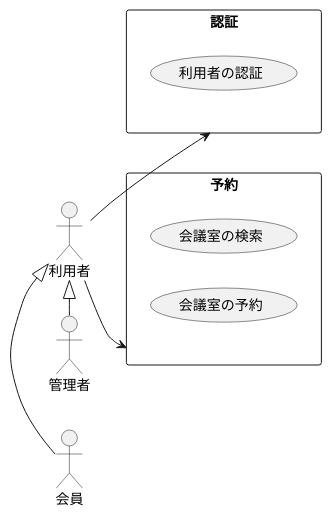
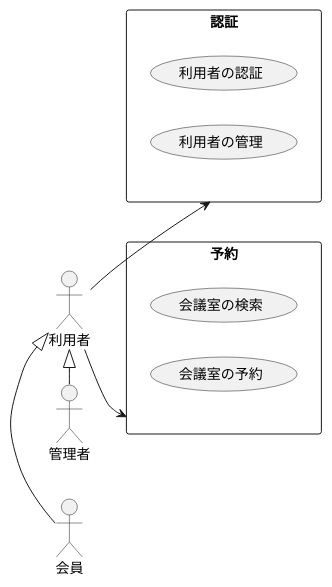
One commit to k2works/case-study-mrs changed diagram 18 of 20 in docs/index.adoc. Above: the diagram before and after it, drawn with PlantUML. The commit also changed other lines of this file and 2 other files, not shown here.

Commit message:
feat: 利用者の管理

```diff
--- a/docs/index.adoc
+++ b/docs/index.adoc
@@ -584,22 +623,23 @@
 [plantuml]
 ----
 @startuml
 left to right direction
 actor "利用者" as user
 actor "会員" as member
 actor "管理者" as admin
 user <|- member
 user <|- admin
 
 rectangle 認証 {
   usecase "利用者の認証" as UC1
+  usecase "利用者の管理" as UC4
 }
 
 rectangle 予約 {
   usecase "会議室の検索" as UC2
   usecase "会議室の予約" as UC3
 }
 user --> 認証
 user --> 予約
 @enduml
 ----
```
